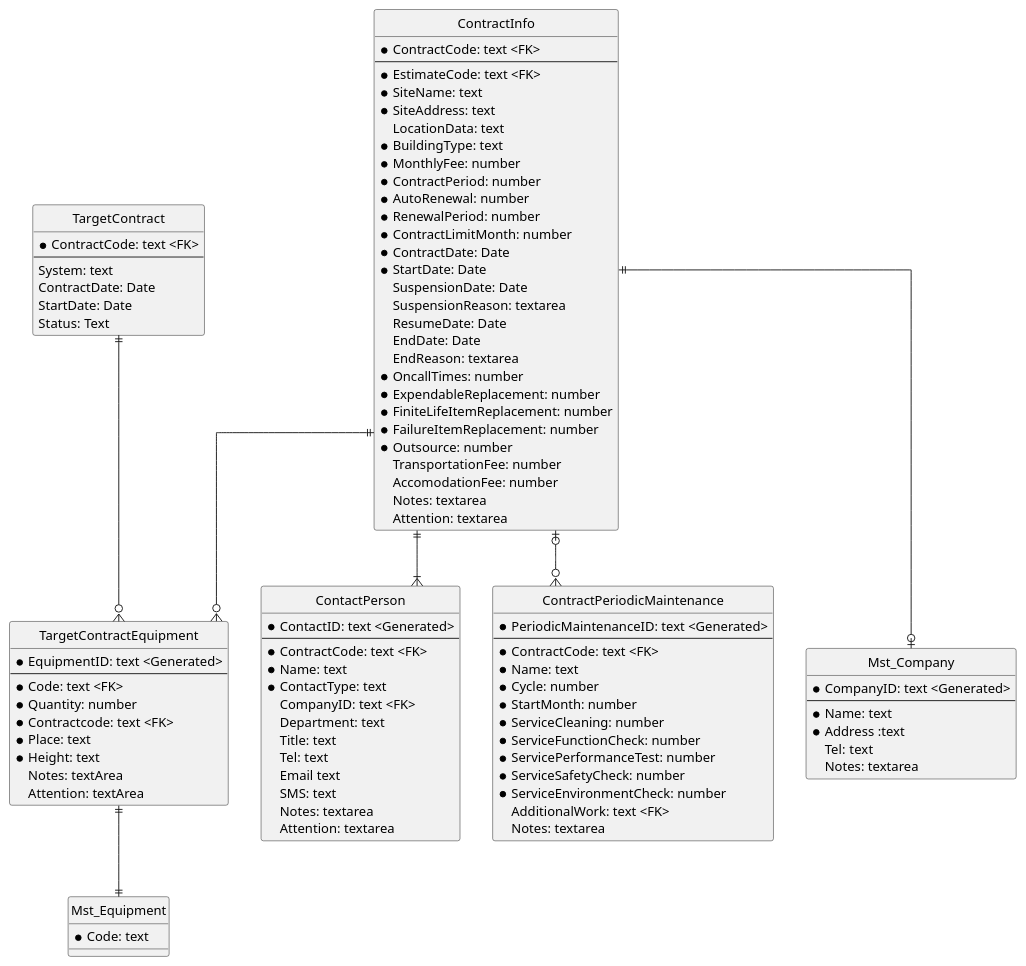
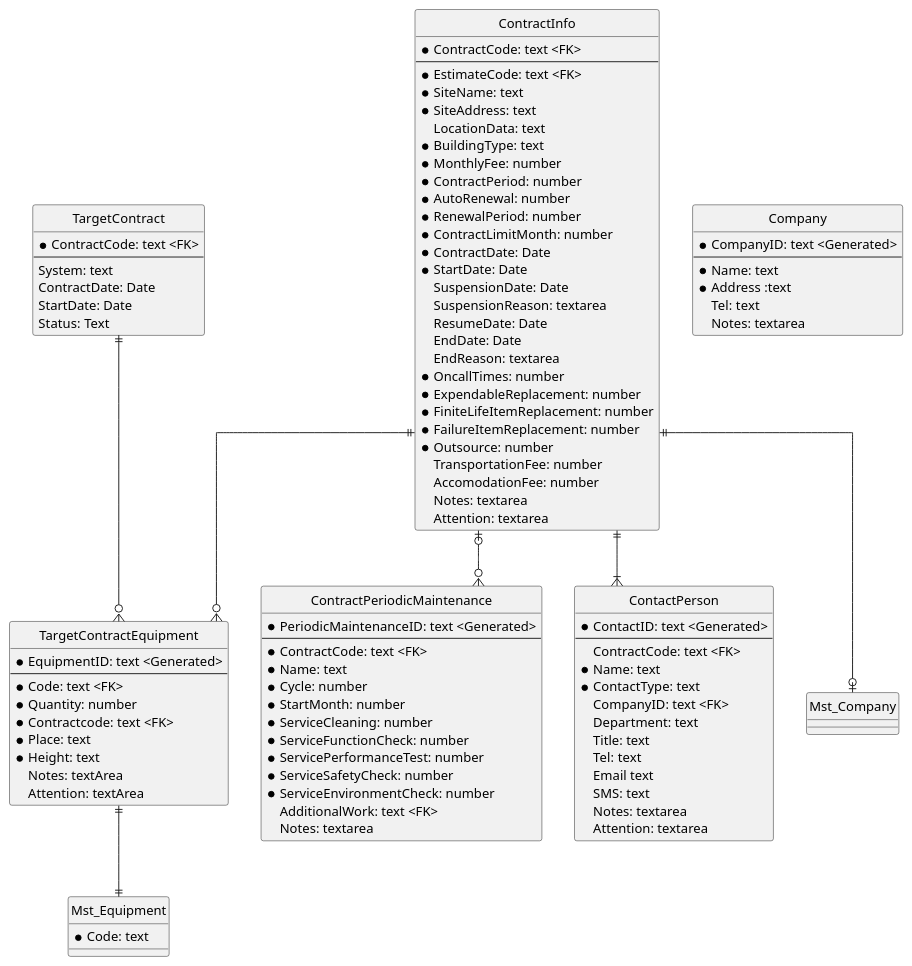
One commit to himiz6912/mms changed the diagram in er_contract.pu. Above: the diagram before and after it, drawn with PlantUML. The commit also changed 4 other files, not shown here.

```diff
--- a/er_contract.pu
+++ b/er_contract.pu
@@ -1,106 +1,107 @@
 @startuml
 hide circle
 skinparam linetype ortho
 
 entity ContractInfo {
     * ContractCode: text <FK>
     --
     * EstimateCode: text <FK>
     * SiteName: text
     * SiteAddress: text
     LocationData: text
     * BuildingType: text
     * MonthlyFee: number
     * ContractPeriod: number
     * AutoRenewal: number
     * RenewalPeriod: number
     * ContractLimitMonth: number
     * ContractDate: Date
     * StartDate: Date
     SuspensionDate: Date
     SuspensionReason: textarea
     ResumeDate: Date
     EndDate: Date
     EndReason: textarea
     * OncallTimes: number
     * ExpendableReplacement: number
     * FiniteLifeItemReplacement: number
     * FailureItemReplacement: number
     * Outsource: number
     TransportationFee: number
     AccomodationFee: number
     Notes: textarea
     Attention: textarea
 }
 ' BuildingType: Office/ Factory/ Warehouse/ House/ Apartment/ Office building/ Store/ .. 
 entity TargetContract {
     * ContractCode: text <FK>
     --
     System: text
     ContractDate: Date
     StartDate: Date
     Status: Text
 }
+' for demo, actually use CMS of each company.
 entity TargetContractEquipment {
     * EquipmentID: text <Generated>
     --
     * Code: text <FK>
     * Quantity: number
     * Contractcode: text <FK>
     * Place: text
     * Height: text
     Notes: textArea
     Attention: textArea
 }
 ' Height: Normal height/ Airial work platform/ Airial Work vehicle
-entity Mst_Equipment {
-    * Code: text
-}
-entity ContactPerson {
-    * ContactID: text <Generated>
-    --
-    * ContractCode: text <FK>
-    * Name: text
-    * ContactType: text
-    CompanyID: text <FK>
-    Department: text
-    Title: text
-    Tel: text
-    Email text
-    SMS: text
-    Notes: textarea
-    Attention: textarea
-}
-' ContactType: Contract/ Emergency/ Appointment/ Habitant/ Security/ Employee
 entity ContractPeriodicMaintenance {
     * PeriodicMaintenanceID: text <Generated>
     --
     * ContractCode: text <FK>
     * Name: text
     * Cycle: number
     * StartMonth: number
     * ServiceCleaning: number
     * ServiceFunctionCheck: number
     * ServicePerformanceTest: number
     * ServiceSafetyCheck: number
     * ServiceEnvironmentCheck: number
     AdditionalWork: text <FK>
     Notes: textarea
 }
 ' AdditionalWork: array of CheckStandardID
-entity Mst_Company {
+entity Mst_Equipment {
+    * Code: text
+}
+entity ContactPerson {
+    * ContactID: text <Generated>
+    --
+    ContractCode: text <FK>
+    * Name: text
+    * ContactType: text
+    CompanyID: text <FK>
+    Department: text
+    Title: text
+    Tel: text
+    Email text
+    SMS: text
+    Notes: textarea
+    Attention: textarea
+}
+' ContactType: Contract/ Emergency/ Appointment/ Habitant/ Security/ Employee
+entity Company {
     * CompanyID: text <Generated>
     --
     * Name: text
     * Address :text
     Tel: text
     Notes: textarea
 }
 
 ContractInfo ||--o{ TargetContractEquipment
 ContractInfo ||--o| Mst_Company
 ContractInfo |o--o{ ContractPeriodicMaintenance
 ContractInfo ||--|{ ContactPerson
 TargetContract ||--o{ TargetContractEquipment
 TargetContractEquipment ||--|| Mst_Equipment
 @enduml
```
